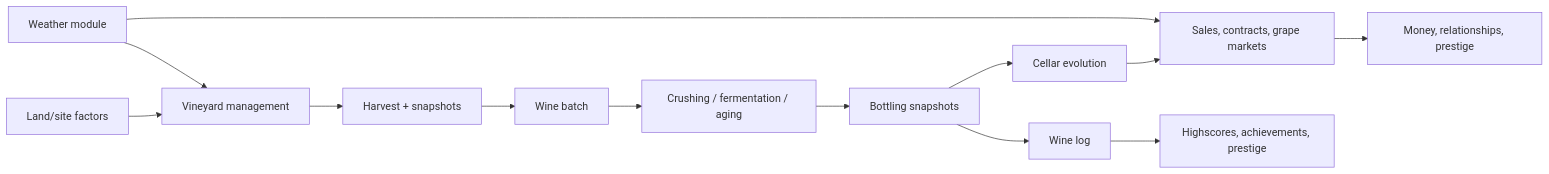
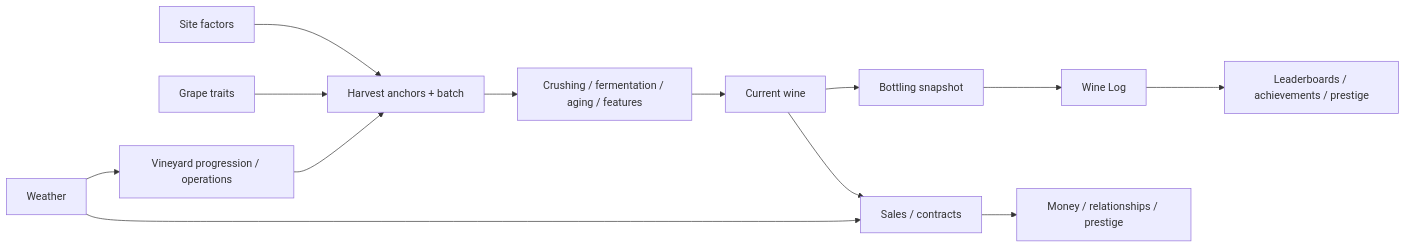
One commit to gram12321/winemaker04 changed the first of 3 diagrams in docs/WineSystem_VariableRelationshipMap.md. Above: the diagram before and after it, drawn with Mermaid. The commit also changed other lines of this file and 5 other files, not shown here.

````diff
--- a/docs/WineSystem_VariableRelationshipMap.md
+++ b/docs/WineSystem_VariableRelationshipMap.md
@@ -16,11 +16,12 @@
 ```mermaid
 flowchart LR
-  LS["Land/site factors"] --> VM["Vineyard management"]
-  WX["Weather module"] --> VM
-  VM --> H["Harvest + snapshots"] --> WB["Wine batch"]
-  WB --> P["Crushing / fermentation / aging"] --> B["Bottling snapshots"]
-  B --> CE["Cellar evolution"] --> S["Sales, contracts, grape markets"]
-  B --> WL["Wine log"] --> PR["Highscores, achievements, prestige"]
-  S --> ECO["Money, relationships, prestige"]
-  WX --> S
+  SITE["Site factors"] --> HARVEST["Harvest anchors + batch"]
+  GRAPE["Grape traits"] --> HARVEST
+  WEATHER["Weather"] --> VINE["Vineyard progression / operations"] --> HARVEST
+  HARVEST --> PROCESS["Crushing / fermentation / aging / features"]
+  PROCESS --> CURRENT["Current wine"] --> BOTTLE["Bottling snapshot"]
+  CURRENT --> SALES["Sales / contracts"]
+  BOTTLE --> LOG["Wine Log"] --> PROGRESSION["Leaderboards / achievements / prestige"]
+  WEATHER --> SALES
+  SALES --> ECONOMY["Money / relationships / prestige"]
 ```
````
